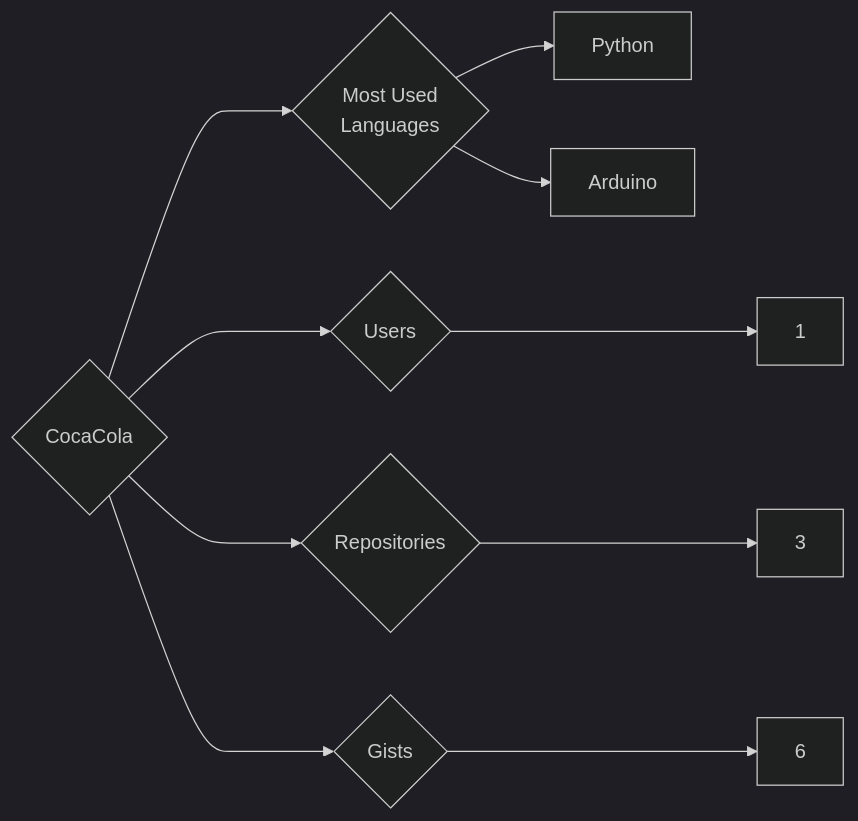
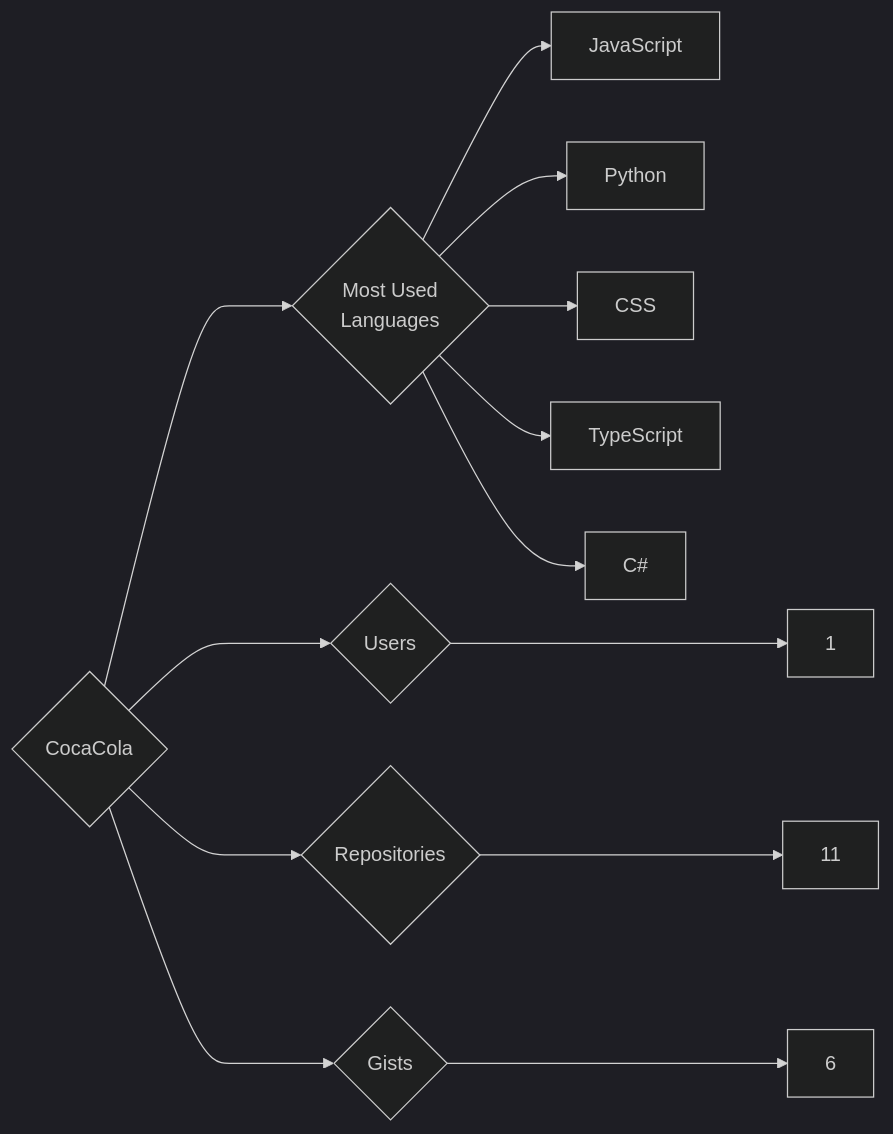
The diagram in targets/CocaCola/README.md (trickest/insiders), drawn with Mermaid (dark theme) before and after one commit. The commit also changed 840 other files, not shown here.

````diff
--- a/targets/CocaCola/README.md
+++ b/targets/CocaCola/README.md
@@ -3,10 +3,13 @@
 ```mermaid
 graph LR
 COMPANY_NAME{CocaCola}
 COMPANY_NAME ---> U{Users} ---> UN[1]
-COMPANY_NAME ---> R{Repositories} ---> RN[3]
+COMPANY_NAME ---> R{Repositories} ---> RN[11]
 COMPANY_NAME ---> G{Gists} ---> GN[6]
 COMPANY_NAME ---> ML{Most Used<br>Languages}
+ML --> JavaScript[JavaScript]
 ML --> Python[Python]
-ML --> Arduino[Arduino]
+ML --> CSS[CSS]
+ML --> TypeScript[TypeScript]
+ML --> C#[C#]
 ```
````
